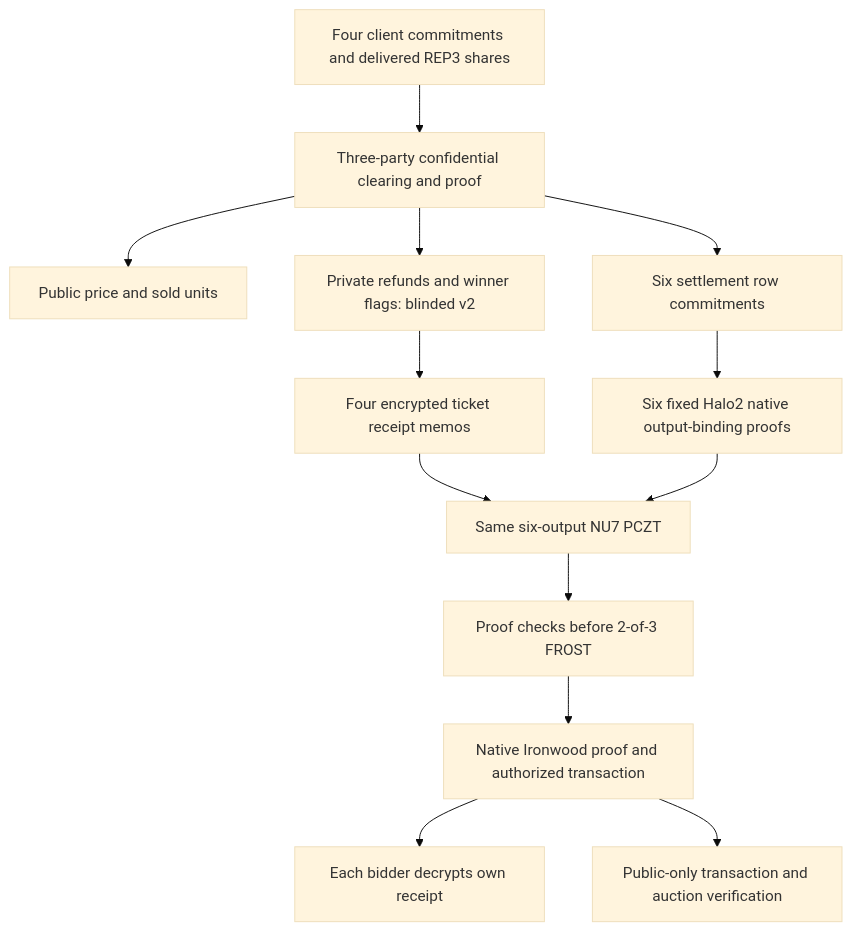
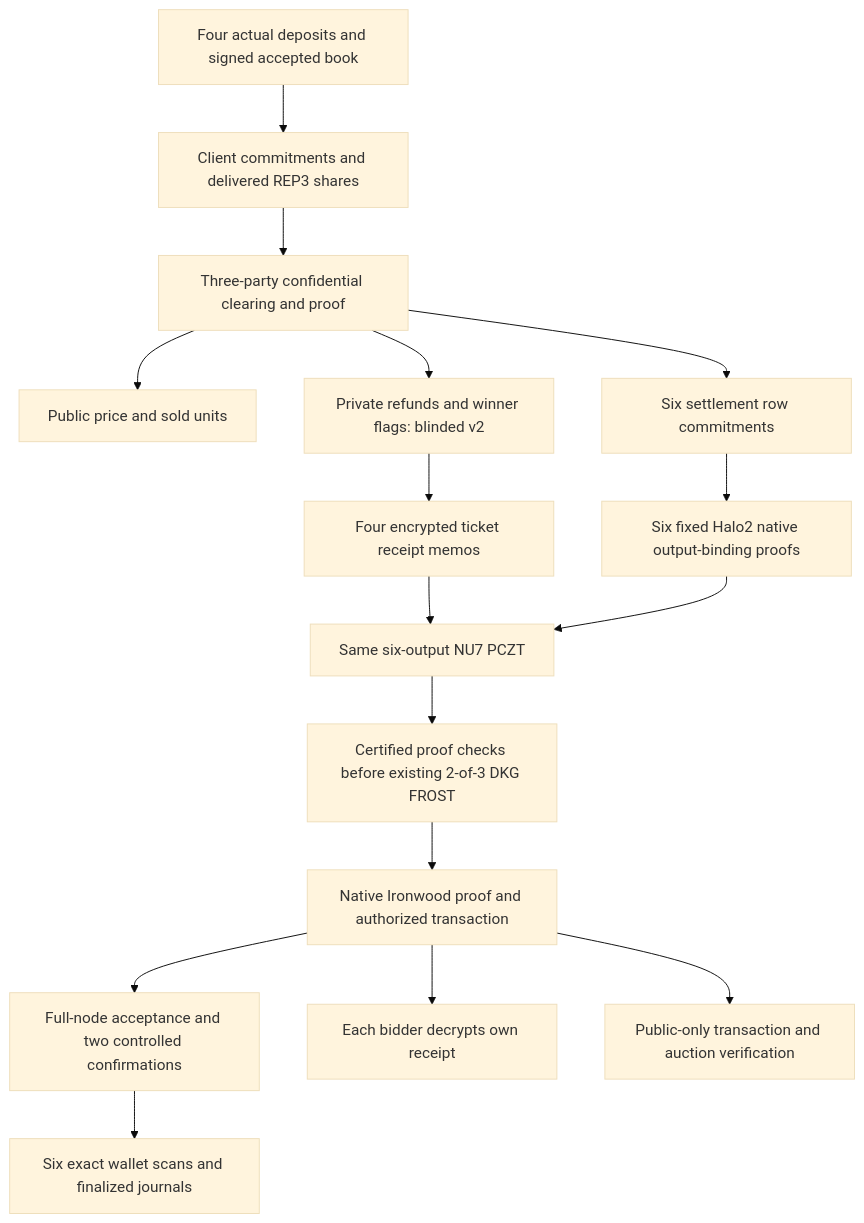
The diagram in docs/submission-draft.md (yugocabrio/darkcall), drawn with Mermaid (base theme) before and after one commit. The commit also changed other lines of this file and 36 other files, not shown here.

````diff
--- a/docs/submission-draft.md
+++ b/docs/submission-draft.md
@@ -14,15 +14,18 @@
 ```mermaid
 flowchart TD
-    A[Four client commitments and delivered REP3 shares] --> B[Three-party confidential clearing and proof]
+    M[Four actual deposits and signed accepted book] --> A[Client commitments and delivered REP3 shares]
+    A --> B[Three-party confidential clearing and proof]
     B --> C[Public price and sold units]
     B --> D[Private refunds and winner flags: blinded v2]
     D --> E[Four encrypted ticket receipt memos]
     B --> F[Six settlement row commitments]
     F --> G[Six fixed Halo2 native output-binding proofs]
     E --> H[Same six-output NU7 PCZT]
     G --> H
-    H --> I[Proof checks before 2-of-3 FROST]
+    H --> I[Certified proof checks before existing 2-of-3 DKG FROST]
     I --> J[Native Ironwood proof and authorized transaction]
-    J --> K[Each bidder decrypts own receipt]
+    J --> N[Full-node acceptance and two controlled confirmations]
+    N --> K[Six exact wallet scans and finalized journals]
+    J --> O[Each bidder decrypts own receipt]
     J --> L[Public-only transaction and auction verification]
 ```
````
